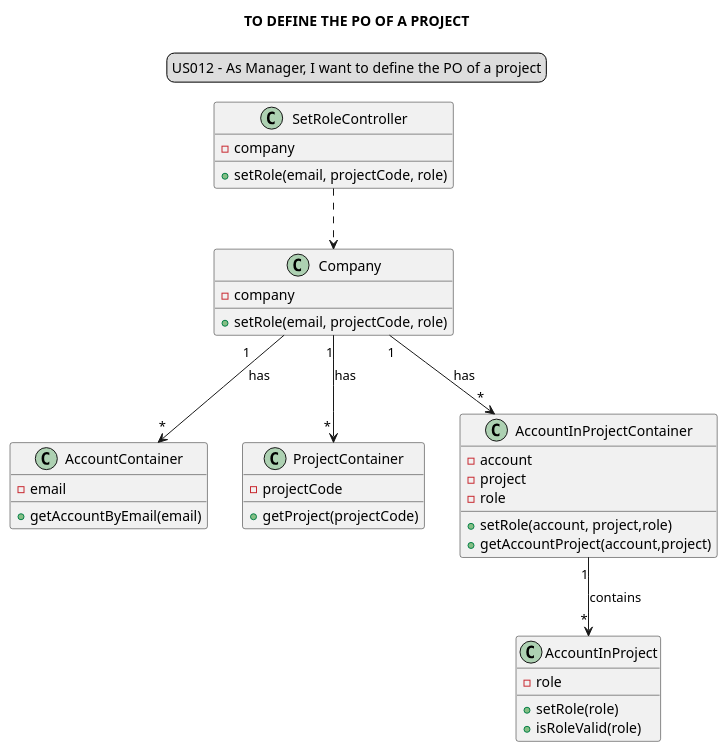
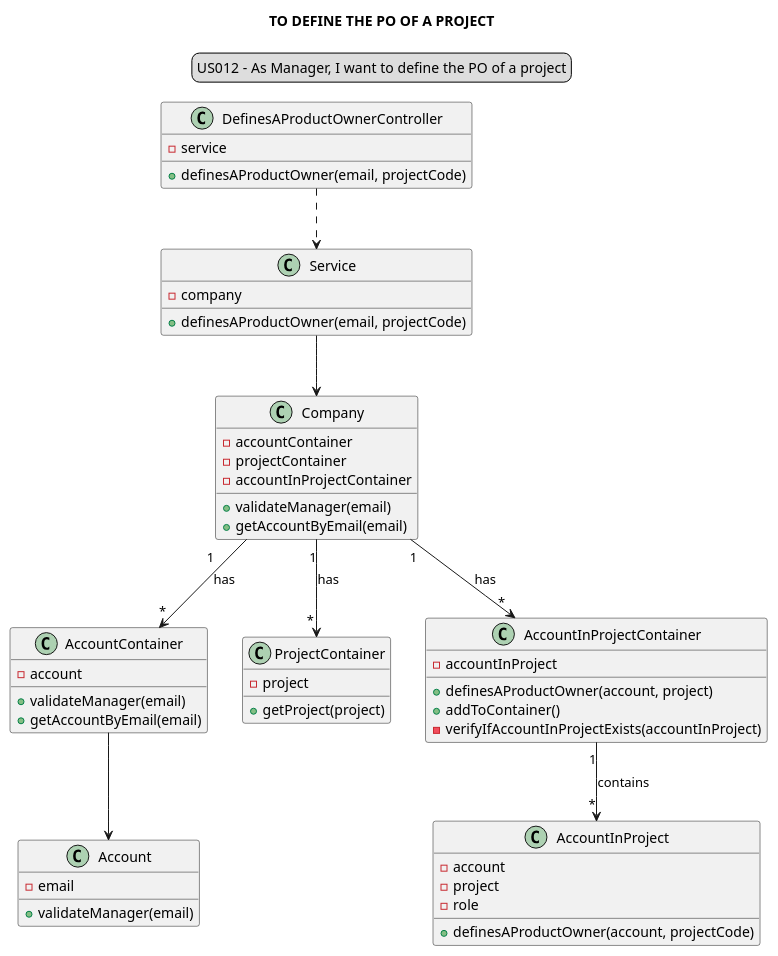
The diagram in docs/modelling_design/user_stories/US012/US012_classDiagram.puml (Loracline/project_switch_22-23), drawn with PlantUML before and after one commit. The commit also changed 1 other file, not shown here.

Commit message:
US012:Design: Refined Sequence Diagra, refined Class Diagram

```diff
--- a/docs/modelling_design/user_stories/US012/US012_classDiagram.puml
+++ b/docs/modelling_design/user_stories/US012/US012_classDiagram.puml
@@ -1,52 +1,66 @@
 @startuml
 
 skinparam sequenceMessageAlign center
 title TO DEFINE THE PO OF A PROJECT
 legend top
 US012 - As Manager, I want to define the PO of a project
 end legend
 
-class SetRoleController {
+class DefinesAProductOwnerController {
+-service
++definesAProductOwner(email, projectCode)
+}
+
+class Service {
 -company
-+setRole(email, projectCode, role)
++definesAProductOwner(email, projectCode)
 }
 
 class Company {
--company
-+setRole(email, projectCode, role)
+-accountContainer
+-projectContainer
+-accountInProjectContainer
++validateManager(email)
++getAccountByEmail(email)
 }
 
 class AccountContainer {
+-account
++validateManager(email)
++getAccountByEmail(email)
+}
+
+class Account {
 -email
-+getAccountByEmail(email)
++validateManager(email)
+}
+
+class ProjectContainer{
+-project
++getProject(project)
+}
+
+class AccountInProjectContainer{
+-accountInProject
++definesAProductOwner(account, project)
++addToContainer()
+-verifyIfAccountInProjectExists(accountInProject)
+}
+
+class AccountInProject{
+-account
+-project
+-role
++definesAProductOwner(account, projectCode)
 
 }
 
-class ProjectContainer{
--projectCode
-+getProject(projectCode)
-}
-
-class AccountInProjectContainer{
--account
--project
--role
-+setRole(account, project,role)
-+getAccountProject(account,project)
-}
-
-class AccountInProject{
--role
-+setRole(role)
-+isRoleValid(role)
-}
-
-
-SetRoleController ..> Company
+AccountContainer --> Account
+DefinesAProductOwnerController ..> Service
+Service --> Company
 Company "1       " --> "*"AccountContainer: has
 Company "1"--> "        *"ProjectContainer: has
 Company "1 "-->"*" AccountInProjectContainer: has
 AccountInProjectContainer "    1"--> "   *"AccountInProject: contains
 
-
 @enduml
```
